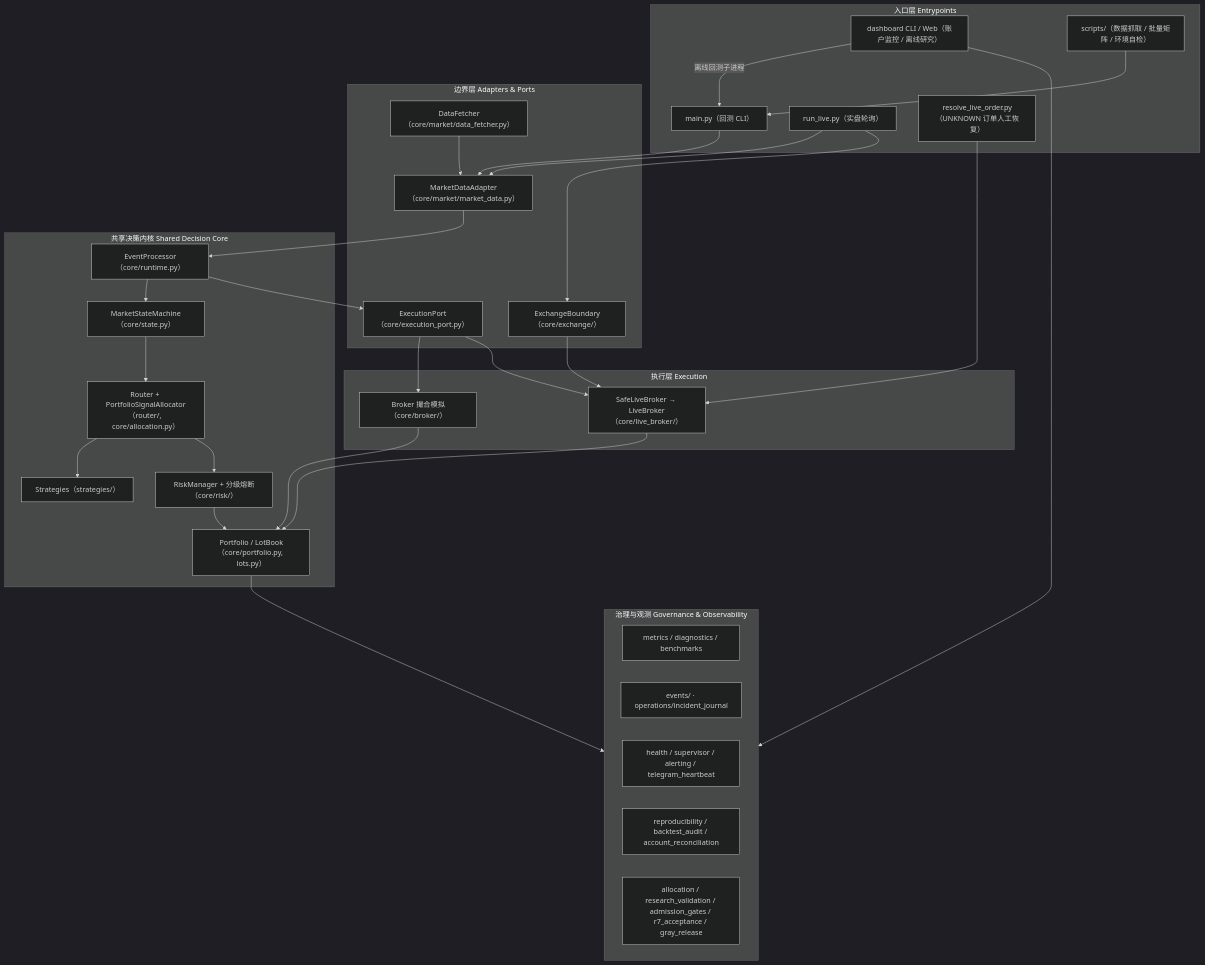
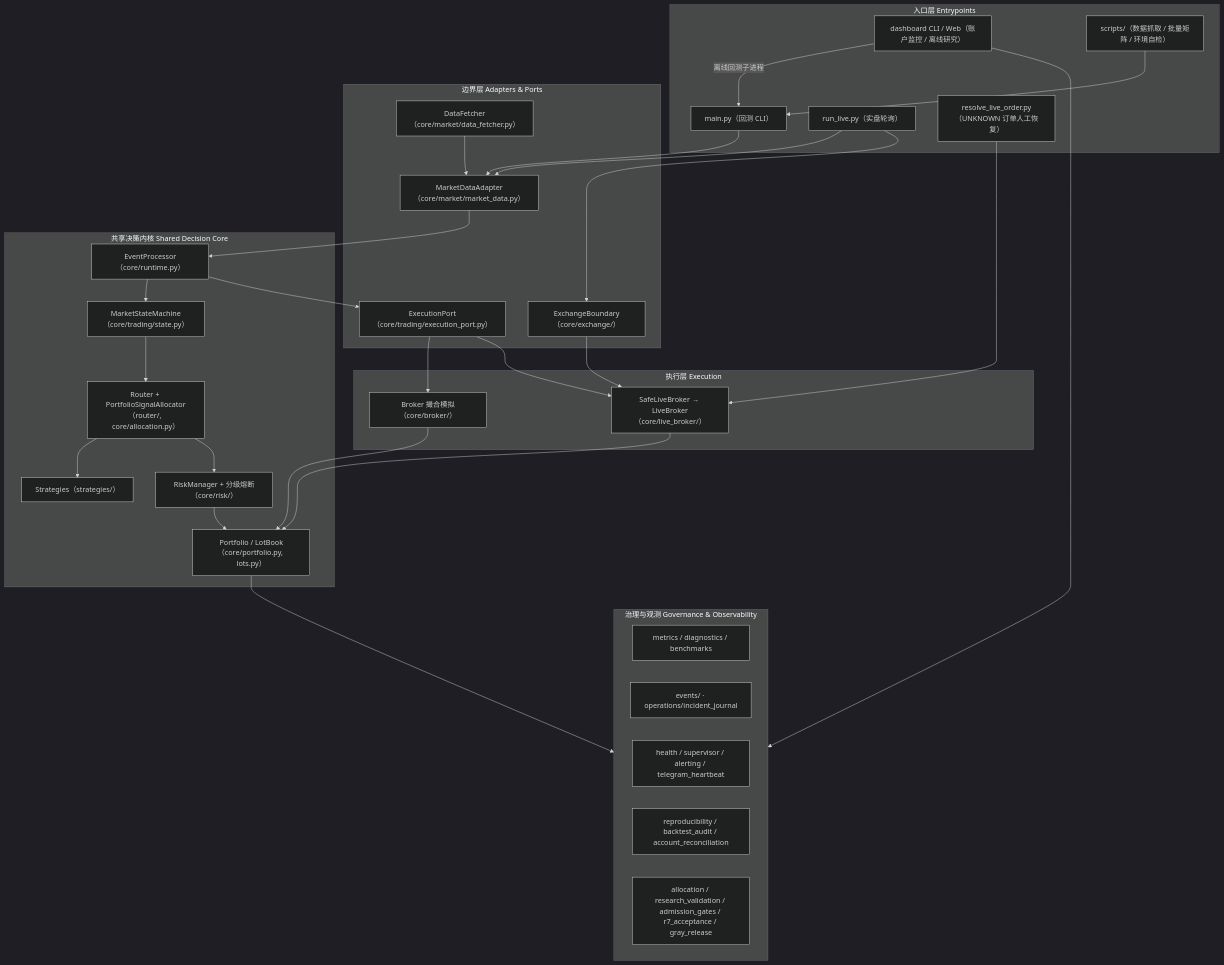
The first of 5 diagrams in README.md (user-nmmmmm/QuantTradingV2), drawn with Mermaid (dark theme) before and after one commit. The commit also changed other lines of this file and 195 other files, not shown here.

First line of the commit message:
refactor: move orders, accounts and state modules to core/trading (B2 cluster 2)

````diff
--- a/README.md
+++ b/README.md
@@ -82,58 +82,58 @@
 ```mermaid
 flowchart TB
     subgraph ENTRY["入口层 Entrypoints"]
         M["main.py（回测 CLI）"]
         RL["run_live.py（实盘轮询）"]
         RS["resolve_live_order.py（UNKNOWN 订单人工恢复）"]
         DB["dashboard CLI / Web（账户监控 / 离线研究）"]
         SC["scripts/（数据抓取 / 批量矩阵 / 环境自检）"]
     end
 
     subgraph BOUND["边界层 Adapters & Ports"]
         MDA["MarketDataAdapter（core/market/market_data.py）"]
-        EXP["ExecutionPort（core/execution_port.py）"]
+        EXP["ExecutionPort（core/trading/execution_port.py）"]
         EB["ExchangeBoundary（core/exchange/）"]
         DF["DataFetcher（core/market/data_fetcher.py）"]
     end
 
     subgraph KERNEL["共享决策内核 Shared Decision Core"]
         EP["EventProcessor（core/runtime.py）"]
-        SM["MarketStateMachine（core/state.py）"]
+        SM["MarketStateMachine（core/trading/state.py）"]
         RT["Router + PortfolioSignalAllocator（router/, core/allocation.py）"]
         ST["Strategies（strategies/）"]
         RK["RiskManager + 分级熔断（core/risk/）"]
         PF["Portfolio / LotBook（core/portfolio.py, lots.py）"]
     end
 
     subgraph EXEC["执行层 Execution"]
         BK["Broker 撮合模拟（core/broker/）"]
         LB["SafeLiveBroker → LiveBroker（core/live_broker/）"]
     end
 
     subgraph OBS["治理与观测 Governance & Observability"]
         MT["metrics / diagnostics / benchmarks"]
         EV["events/ · operations/incident_journal"]
         HS["health / supervisor / alerting / telegram_heartbeat"]
         RP["reproducibility / backtest_audit / account_reconciliation"]
         PH["allocation / research_validation / admission_gates / r7_acceptance / gray_release"]
     end
 
     SC --> M
     M --> MDA
     RL --> MDA
     RL --> EB
     DF --> MDA
     MDA --> EP
     EP --> SM --> RT --> ST
     RT --> RK --> PF
     EP --> EXP
     EXP --> BK
     EXP --> LB
     EB --> LB
     BK --> PF
     LB --> PF
     PF --> OBS
     RS --> LB
     DB --> OBS
     DB -->|离线回测子进程| M
 ```
````
